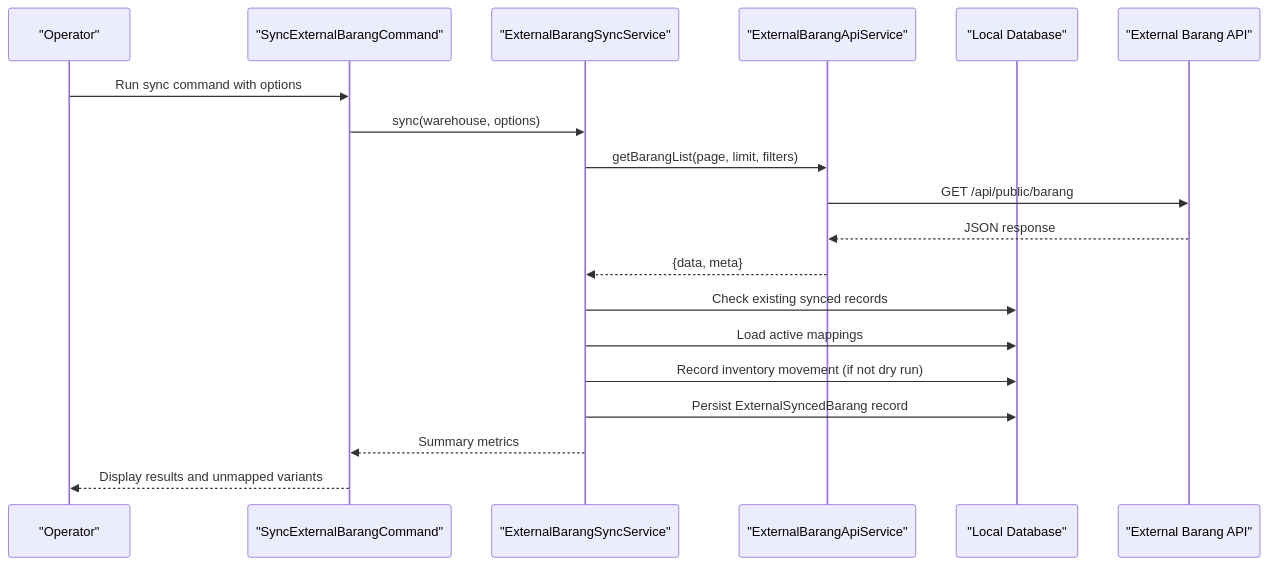
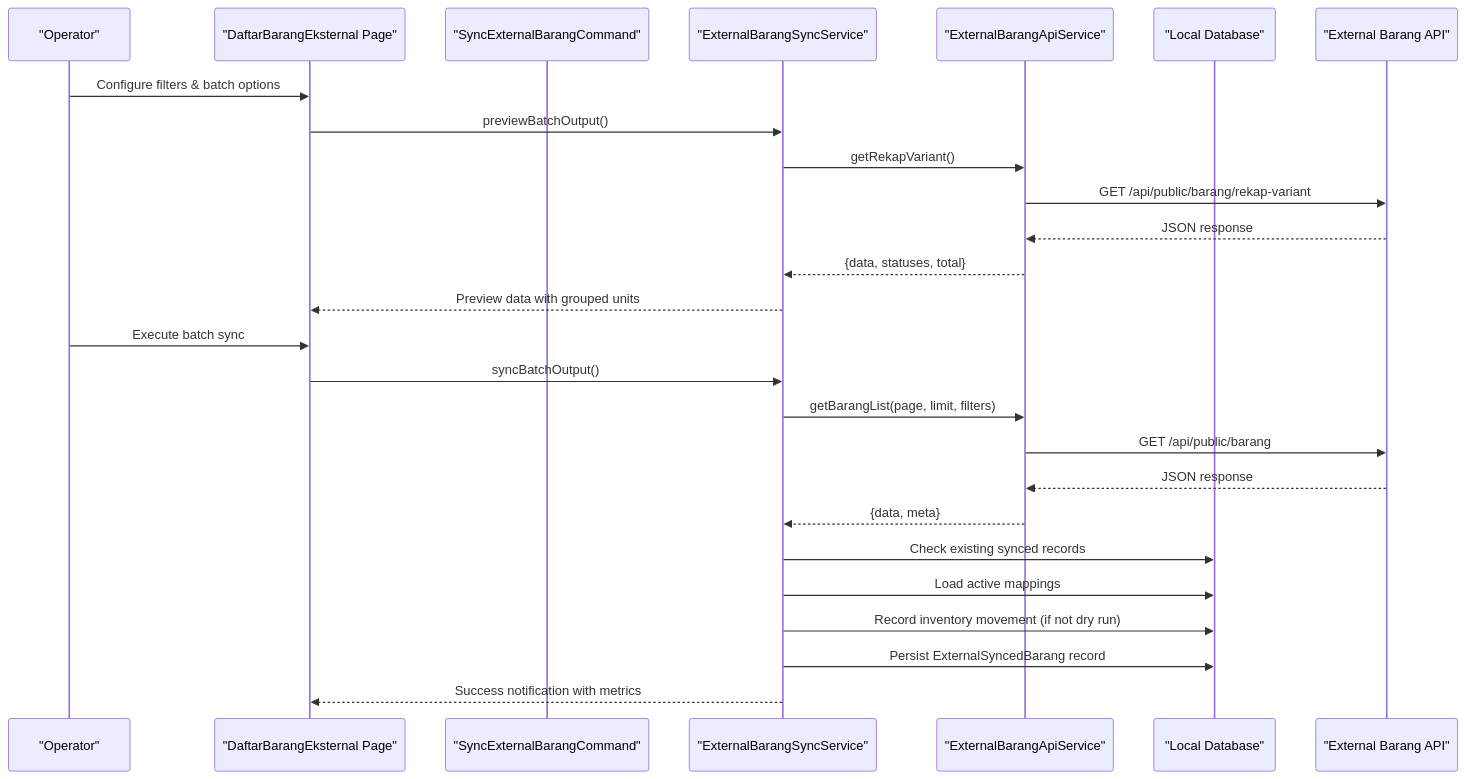
One commit to Dikksap/laravel_RsvHelmet changed the second of 5 diagrams in .qoder/repowiki/en/content/Core Modules/External System Integration.md. Above: the diagram before and after it, drawn with Mermaid. The commit also changed other lines of this file and 52 other files, not shown here.

````diff
--- a/.qoder/repowiki/en/content/Core Modules/External System Integration.md
+++ b/.qoder/repowiki/en/content/Core Modules/External System Integration.md
@@ -110,21 +135,28 @@
 ```mermaid
 sequenceDiagram
 participant User as "Operator"
+participant UI as "DaftarBarangEksternal Page"
 participant Cmd as "SyncExternalBarangCommand"
 participant Sync as "ExternalBarangSyncService"
 participant Api as "ExternalBarangApiService"
 participant DB as "Local Database"
 participant Ext as "External Barang API"
-User->>Cmd : Run sync command with options
-Cmd->>Sync : sync(warehouse, options)
+User->>UI : Configure filters & batch options
+UI->>Sync : previewBatchOutput()
+Sync->>Api : getRekapVariant()
+Api->>Ext : GET /api/public/barang/rekap-variant
+Ext-->>Api : JSON response
+Api-->>Sync : {data, statuses, total}
+Sync-->>UI : Preview data with grouped units
+User->>UI : Execute batch sync
+UI->>Sync : syncBatchOutput()
 Sync->>Api : getBarangList(page, limit, filters)
 Api->>Ext : GET /api/public/barang
 Ext-->>Api : JSON response
 Api-->>Sync : {data, meta}
 Sync->>DB : Check existing synced records
 Sync->>DB : Load active mappings
 Sync->>DB : Record inventory movement (if not dry run)
 Sync->>DB : Persist ExternalSyncedBarang record
-Sync-->>Cmd : Summary metrics
-Cmd-->>User : Display results and unmapped variants
+Sync-->>UI : Success notification with metrics
 ```
````
